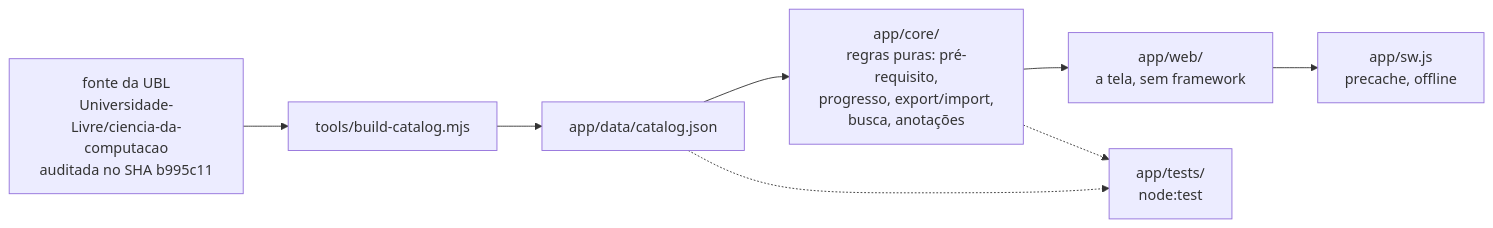
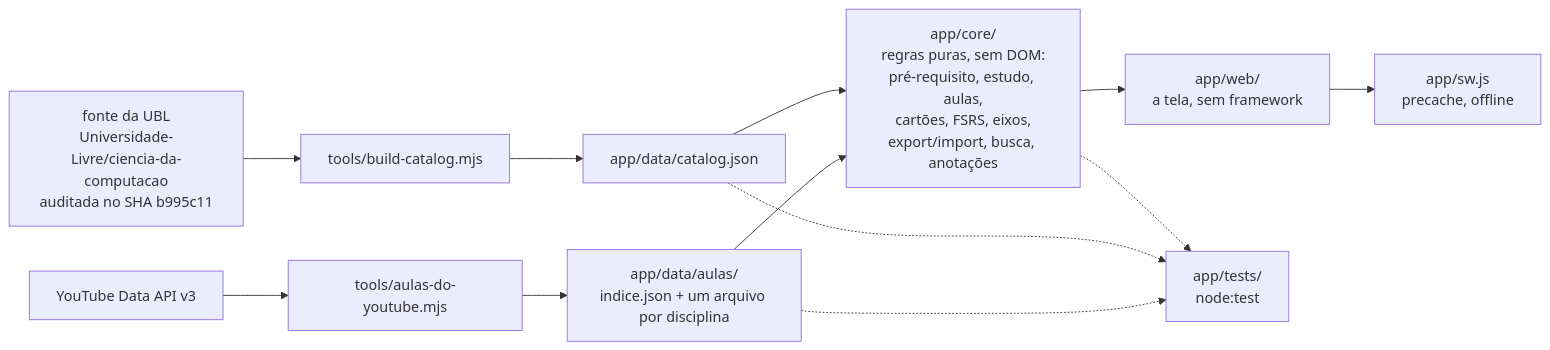
The diagram in README.md (lucas-gonzales-dev/atlas-ciencia-da-computacao), drawn with Mermaid before and after one commit. The commit also changed other lines of this file and 7 other files, not shown here.

````diff
--- a/README.md
+++ b/README.md
@@ -82,10 +132,14 @@
 ```mermaid
 flowchart LR
   UBL["fonte da UBL<br/>Universidade-Livre/ciencia-da-computacao<br/>auditada no SHA b995c11"] --> BUILD["tools/build-catalog.mjs"]
+  YT["YouTube Data API v3"] --> AULAS["tools/aulas-do-youtube.mjs"]
   BUILD --> JSON["app/data/catalog.json"]
-  JSON --> CORE["app/core/<br/>regras puras: pré-requisito,<br/>progresso, export/import,<br/>busca, anotações"]
+  AULAS --> INDICE["app/data/aulas/<br/>indice.json + um arquivo por disciplina"]
+  JSON --> CORE["app/core/<br/>regras puras, sem DOM:<br/>pré-requisito, estudo, aulas,<br/>cartões, FSRS, eixos,<br/>export/import, busca, anotações"]
+  INDICE --> CORE
   CORE --> WEB["app/web/<br/>a tela, sem framework"]
   WEB --> SW["app/sw.js<br/>precache, offline"]
   CORE -.-> TEST["app/tests/<br/>node:test"]
   JSON -.-> TEST
+  INDICE -.-> TEST
 ```
````
